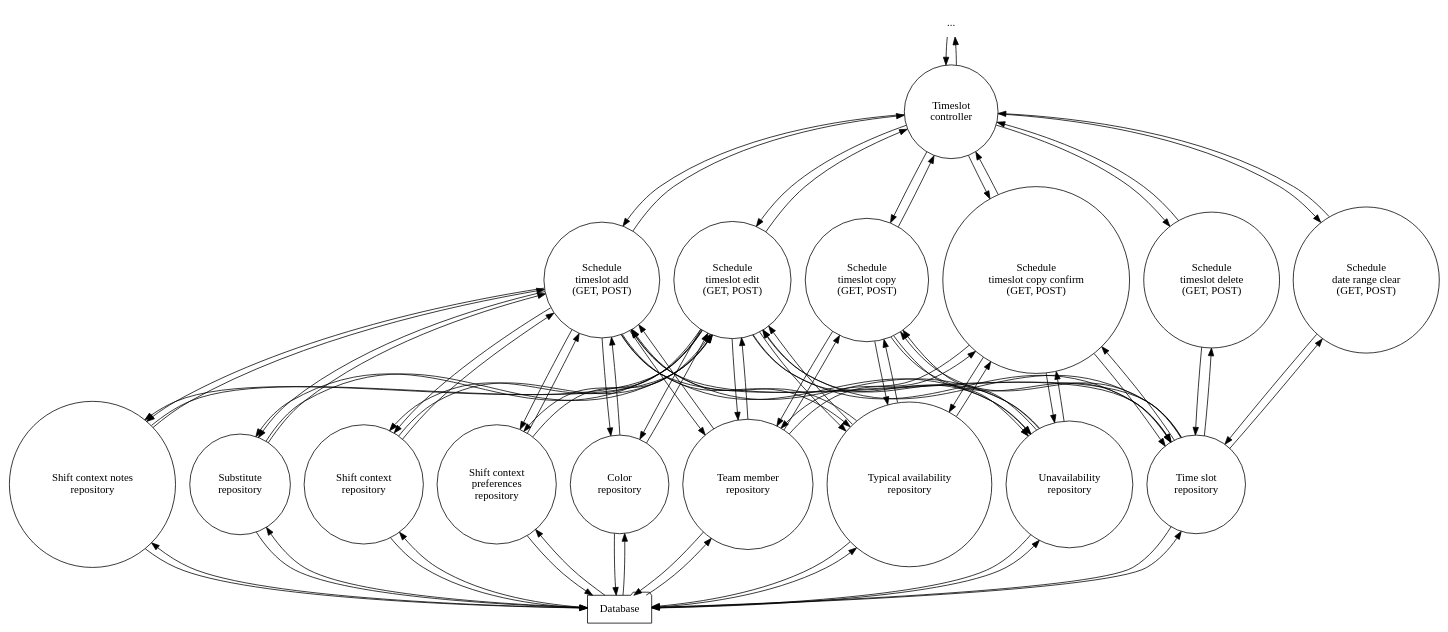
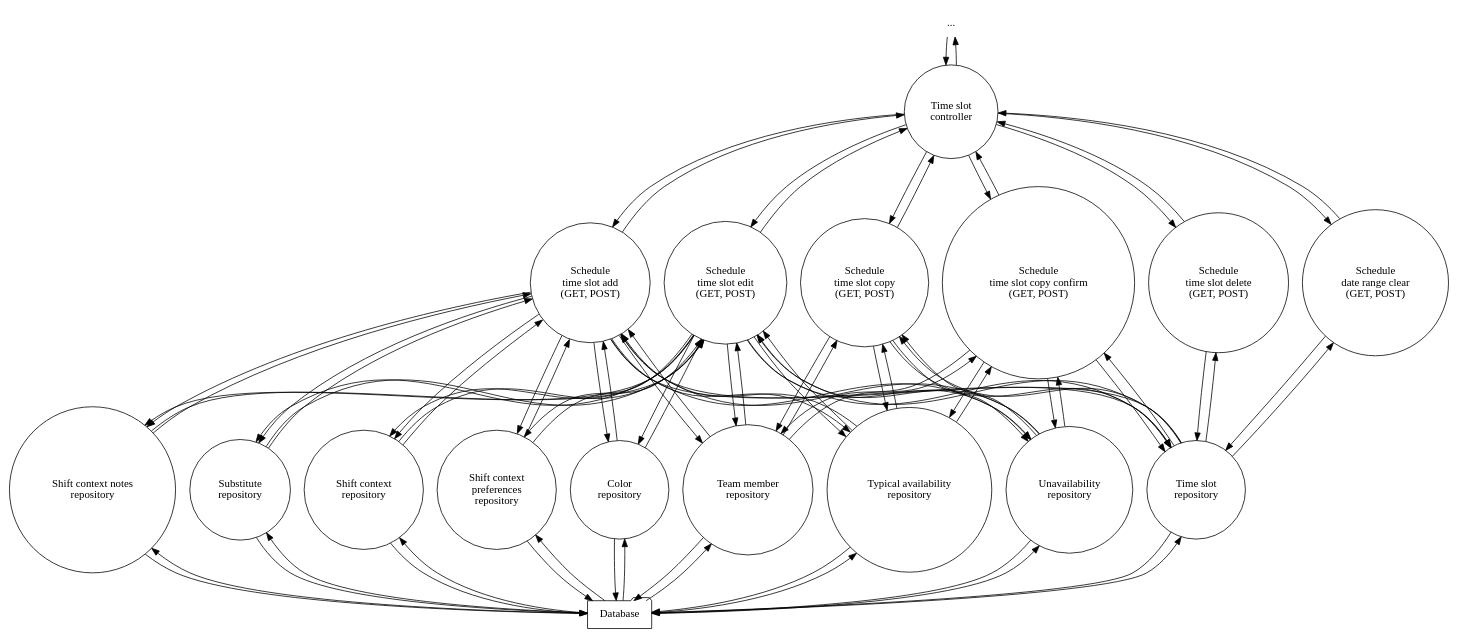
Before and after one commit to luke-hamann/stc-cis-248: the diagram in design/data_flow_diagrams/level_3.9_timeslots.dot, drawn with Graphviz.

```diff
--- a/design/data_flow_diagrams/level_3.9_timeslots.dot
+++ b/design/data_flow_diagrams/level_3.9_timeslots.dot
@@ -1,108 +1,108 @@
 digraph data_flow_diagram {
     node [ shape = circle ]
     
     "..." [ shape = none ]
     
-    "..." -> "Timeslot\ncontroller" -> "..."
+    "..." -> "Time slot\ncontroller" -> "..."
 
     subgraph actions {
         rank = same
         
-        "Schedule\ntimeslot add\n(GET, POST)"
-        "Schedule\ntimeslot edit\n(GET, POST)"
-        "Schedule\ntimeslot delete\n(GET, POST)"
-        "Schedule\ntimeslot copy\n(GET, POST)"
-        "Schedule\ntimeslot copy confirm\n(GET, POST)"
+        "Schedule\ntime slot add\n(GET, POST)"
+        "Schedule\ntime slot edit\n(GET, POST)"
+        "Schedule\ntime slot delete\n(GET, POST)"
+        "Schedule\ntime slot copy\n(GET, POST)"
+        "Schedule\ntime slot copy confirm\n(GET, POST)"
         "Schedule\ndate range clear\n(GET, POST)"
     }
     
-    "Timeslot\ncontroller" -> {
-        "Schedule\ntimeslot add\n(GET, POST)"
-        "Schedule\ntimeslot edit\n(GET, POST)"
-        "Schedule\ntimeslot delete\n(GET, POST)"
-        "Schedule\ntimeslot copy\n(GET, POST)"
-        "Schedule\ntimeslot copy confirm\n(GET, POST)"
+    "Time slot\ncontroller" -> {
+        "Schedule\ntime slot add\n(GET, POST)"
+        "Schedule\ntime slot edit\n(GET, POST)"
+        "Schedule\ntime slot delete\n(GET, POST)"
+        "Schedule\ntime slot copy\n(GET, POST)"
+        "Schedule\ntime slot copy confirm\n(GET, POST)"
         "Schedule\ndate range clear\n(GET, POST)"
-    } -> "Timeslot\ncontroller"
+    } -> "Time slot\ncontroller"
     
     subgraph repositories {
         rank = same
         
         "Team member\nrepository"
         "Typical availability\nrepository"
         "Unavailability\nrepository"
         "Shift context\nrepository"
         "Shift context\npreferences\nrepository"
         "Color\nrepository"
         "Shift context notes\nrepository"
         "Substitute\nrepository"
         "Time slot\nrepository"
     }
     
     {
-        "Schedule\ntimeslot add\n(GET, POST)"
-        "Schedule\ntimeslot edit\n(GET, POST)"
+        "Schedule\ntime slot add\n(GET, POST)"
+        "Schedule\ntime slot edit\n(GET, POST)"
     }
     ->
     {
         "Team member\nrepository"
         "Typical availability\nrepository"
         "Unavailability\nrepository"
         "Shift context\nrepository"
         "Shift context\npreferences\nrepository"
         "Color\nrepository"
         "Shift context notes\nrepository"
         "Substitute\nrepository"
         "Time slot\nrepository"
     }
     ->
     {
-        "Schedule\ntimeslot add\n(GET, POST)"
-        "Schedule\ntimeslot edit\n(GET, POST)"
+        "Schedule\ntime slot add\n(GET, POST)"
+        "Schedule\ntime slot edit\n(GET, POST)"
     }
     
     {
-        "Schedule\ntimeslot copy\n(GET, POST)"
-        "Schedule\ntimeslot copy confirm\n(GET, POST)"
+        "Schedule\ntime slot copy\n(GET, POST)"
+        "Schedule\ntime slot copy confirm\n(GET, POST)"
     }
     ->
     {
         "Time slot\nrepository"
         "Team member\nrepository"
         "Typical availability\nrepository"
         "Unavailability\nrepository"
     }
     ->
     {
-        "Schedule\ntimeslot copy\n(GET, POST)"
-        "Schedule\ntimeslot copy confirm\n(GET, POST)"
+        "Schedule\ntime slot copy\n(GET, POST)"
+        "Schedule\ntime slot copy confirm\n(GET, POST)"
     }
     
     {
-        "Schedule\ntimeslot delete\n(GET, POST)"
+        "Schedule\ntime slot delete\n(GET, POST)"
         "Schedule\ndate range clear\n(GET, POST)"
     }
     ->
     {
         "Time slot\nrepository"
     }
     ->
     {
-        "Schedule\ntimeslot delete\n(GET, POST)"
+        "Schedule\ntime slot delete\n(GET, POST)"
         "Schedule\ndate range clear\n(GET, POST)"
     }
     
     Database [ shape = folder ]
     
     Database -> {
         "Team member\nrepository"
         "Typical availability\nrepository"
         "Unavailability\nrepository"
         "Shift context\nrepository"
         "Color\nrepository"
         "Shift context\npreferences\nrepository"
         "Shift context notes\nrepository"
         "Substitute\nrepository"
         "Time slot\nrepository"
     } -> Database
 }
```
